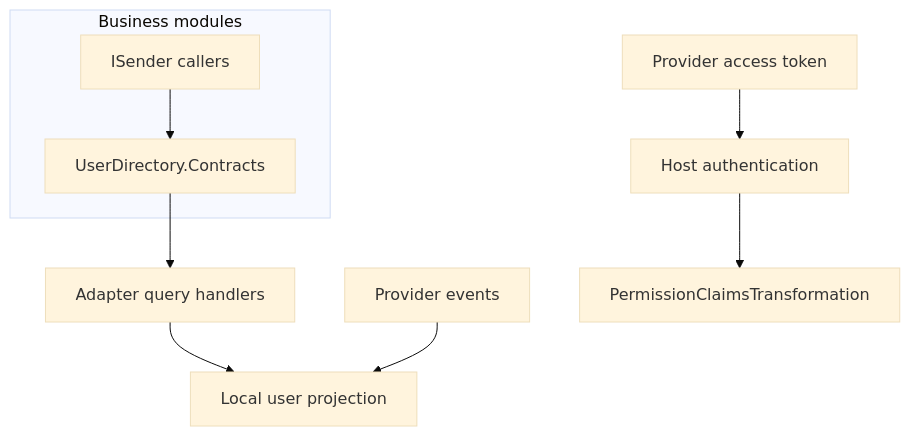
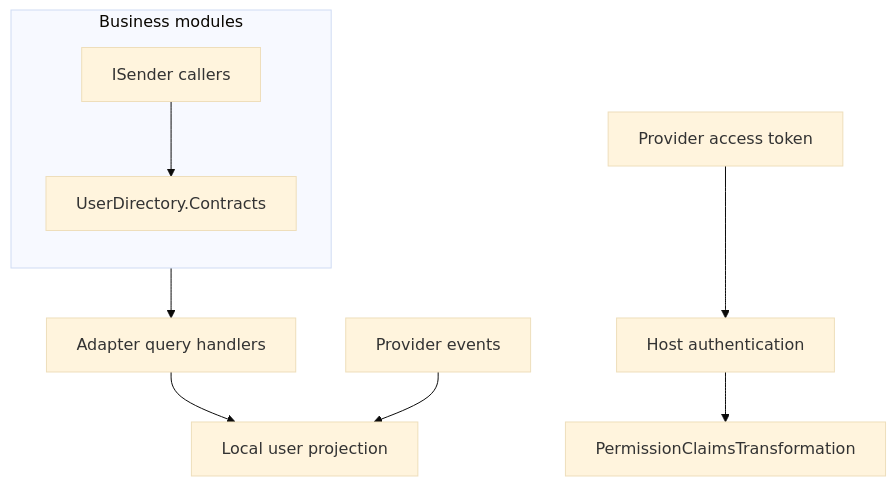
Before and after one commit to mhasabalah/StarterKit: the diagram in wiki/Identity/Replacing-the-Identity-Provider.md, drawn with Mermaid (base theme). The commit also changed 152 other files, not shown here.

Commit message:
feat(docs): add Fumadocs V2 and standardize diagrams

````diff
--- a/wiki/Identity/Replacing-the-Identity-Provider.md
+++ b/wiki/Identity/Replacing-the-Identity-Provider.md
@@ -45,11 +45,17 @@
 ```mermaid
 flowchart TB
+  accTitle: 1. Preserve the user-directory port
+  accDescr: The replacement supplies user projections and an authenticated principal while business modules keep their contracts.
   subgraph Business[Business modules]
+    direction TB
     C[ISender callers] --> P[UserDirectory.Contracts]
   end
   P --> H[Adapter query handlers]
   H --> D[Local user projection]
   E[Provider events] --> D
   T[Provider access token] --> V[Host authentication]
   V --> R[PermissionClaimsTransformation]
+  class C,P,H,D application
+  class E event
+  class T,V,R api
 ```
````
